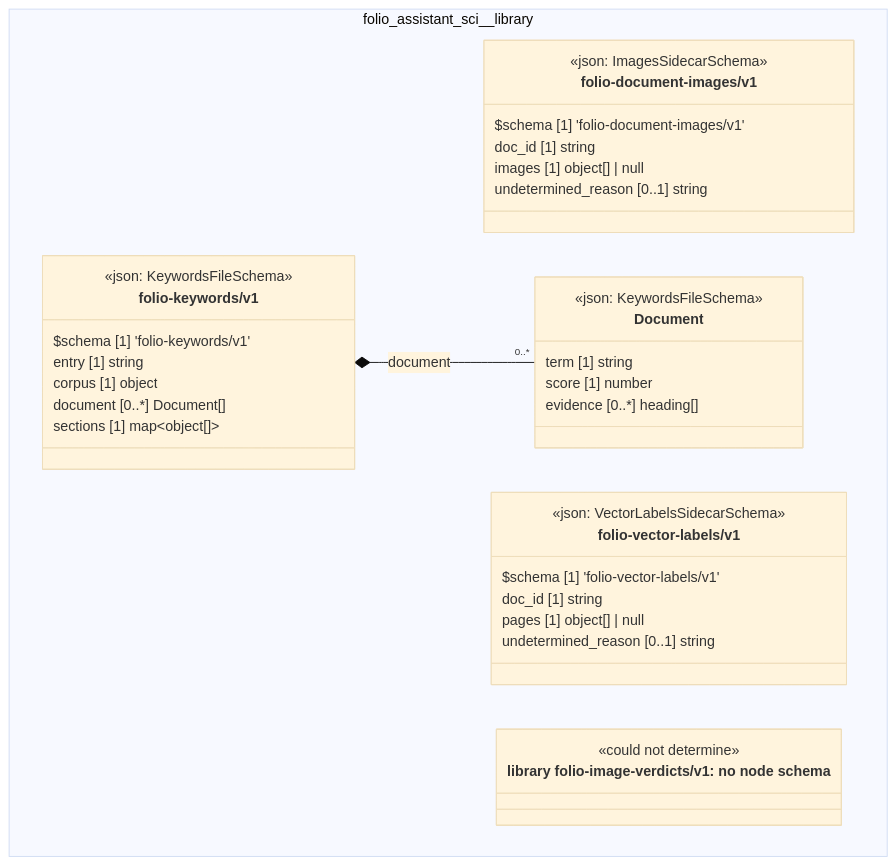
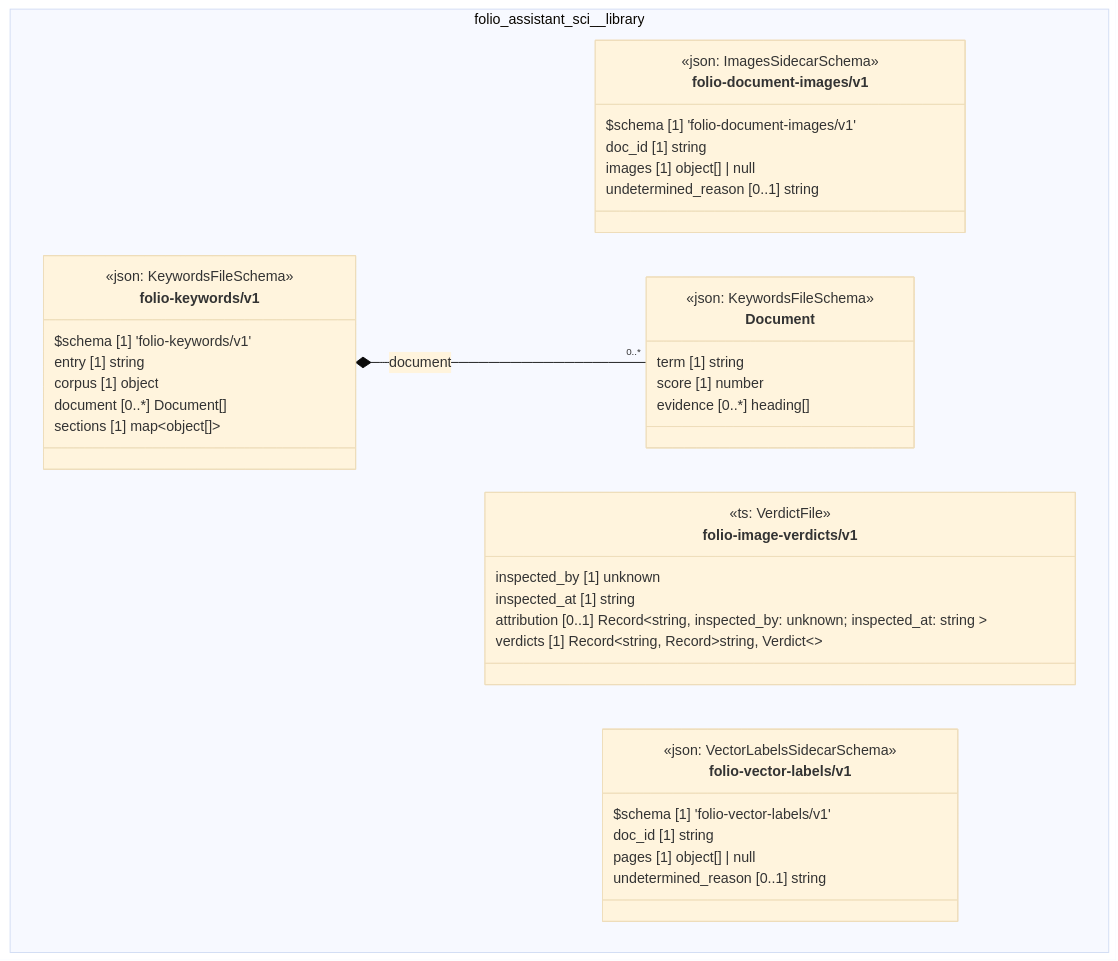
The diagram in docs/uml/overview/folio-assistant-sci/library.md (litlfred/cat-harness), drawn with Mermaid (base theme) before and after one commit. The commit also changed other lines of this file and 404 other files, not shown here.

First line of the commit message:
regen: generated artefacts at folio-assistant#2529's 2026-10-11 pins

````diff
--- a/docs/uml/overview/folio-assistant-sci/library.md
+++ b/docs/uml/overview/folio-assistant-sci/library.md
@@ -47,44 +47,47 @@
 ```mermaid
 classDiagram
   direction TB
   namespace folio_assistant_sci__library {
     class folio_assistant_sci_library_folio_document_images_v1_folio_document_images_v1["folio-document-images/v1"] {
       <<json: ImagesSidecarSchema>>
       $schema [1] 'folio-document-images/v1'
       doc_id [1] string
       images [1] object[] | null
       undetermined_reason [0..1] string
+    }
+    class folio_assistant_sci_library_folio_image_verdicts_v1["folio-image-verdicts/v1"] {
+      <<ts: VerdictFile>>
+      inspected_by [1] unknown
+      inspected_at [1] string
+      attribution [0..1] Record~string,  inspected_by: unknown; inspected_at: string ~
+      verdicts [1] Record~string, Record~string, Verdict~~
     }
     class folio_assistant_sci_library_folio_vector_labels_v1_folio_vector_labels_v1["folio-vector-labels/v1"] {
       <<json: VectorLabelsSidecarSchema>>
       $schema [1] 'folio-vector-labels/v1'
       doc_id [1] string
       pages [1] object[] | null
       undetermined_reason [0..1] string
     }
     class folio_assistant_sci_library_folio_keywords_v1_Document["Document"] {
       <<json: KeywordsFileSchema>>
       term [1] string
       score [1] number
       evidence [0..*] heading[]
     }
     class folio_assistant_sci_library_folio_keywords_v1_folio_keywords_v1["folio-keywords/v1"] {
       <<json: KeywordsFileSchema>>
       $schema [1] 'folio-keywords/v1'
       entry [1] string
       corpus [1] object
       document [0..*] Document[]
       sections [1] map~object[]~
     }
-    class n_folio_assistant_sci_library_library_folio_image_verdicts_v1["library folio-image-verdicts/v1: no node schema"] {
-      <<could not determine>>
-    }
   }
   folio_assistant_sci_library_folio_keywords_v1_folio_keywords_v1 *-- "0..*" folio_assistant_sci_library_folio_keywords_v1_Document : document
   cssClass "folio_assistant_sci_library_folio_document_images_v1_folio_document_images_v1" fa_uml_kind_library
+  cssClass "folio_assistant_sci_library_folio_image_verdicts_v1" fa_uml_kind_library
   cssClass "folio_assistant_sci_library_folio_vector_labels_v1_folio_vector_labels_v1" fa_uml_kind_library
   cssClass "folio_assistant_sci_library_folio_keywords_v1_Document" fa_uml_kind_library
   cssClass "folio_assistant_sci_library_folio_keywords_v1_folio_keywords_v1" fa_uml_kind_library
-  cssClass "n_folio_assistant_sci_library_library_folio_image_verdicts_v1" fa_uml_kind_library_folio_image_verdicts_v1
-  cssClass "n_folio_assistant_sci_library_library_folio_image_verdicts_v1" fa_uml_undetermined
 ```
````
